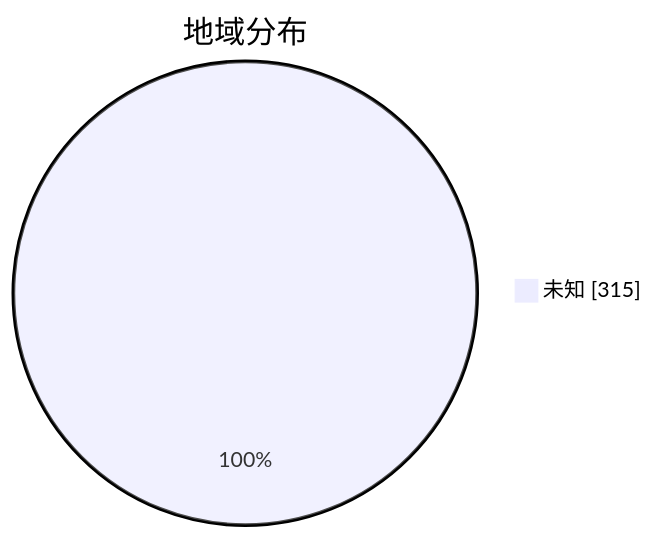
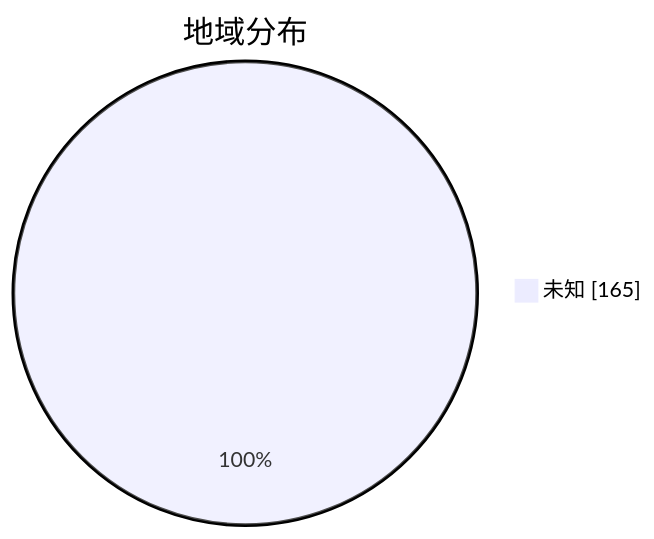
The second of 3 diagrams in subs/statistics/tested_within.md (qjlxg/airport), drawn with Mermaid before and after one commit. The commit also changed other lines of this file and 2 other files, not shown here.

````diff
--- a/subs/statistics/tested_within.md
+++ b/subs/statistics/tested_within.md
@@ -15,5 +13,5 @@
 ```mermaid
 pie showData
 title 地域分布
-"未知" : 315
+"未知" : 165
 ```
````
